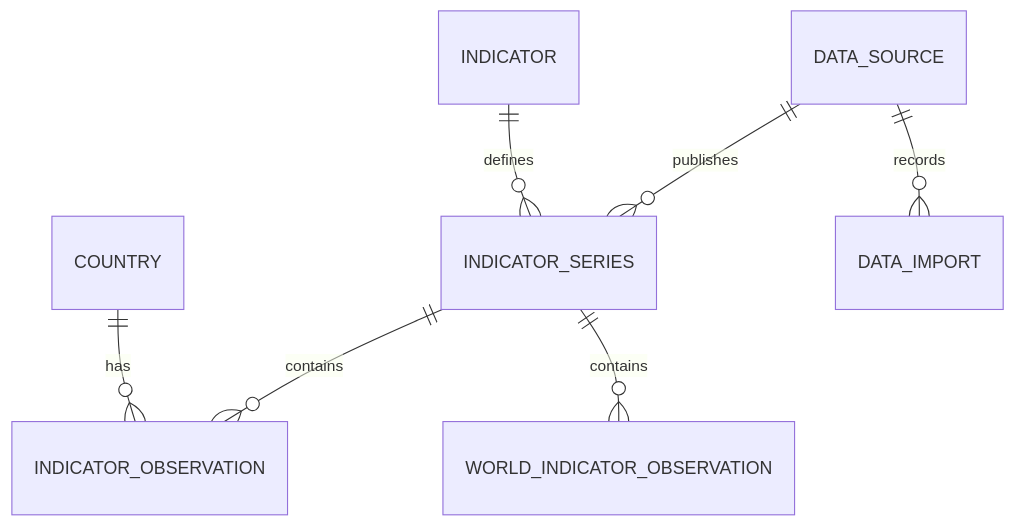
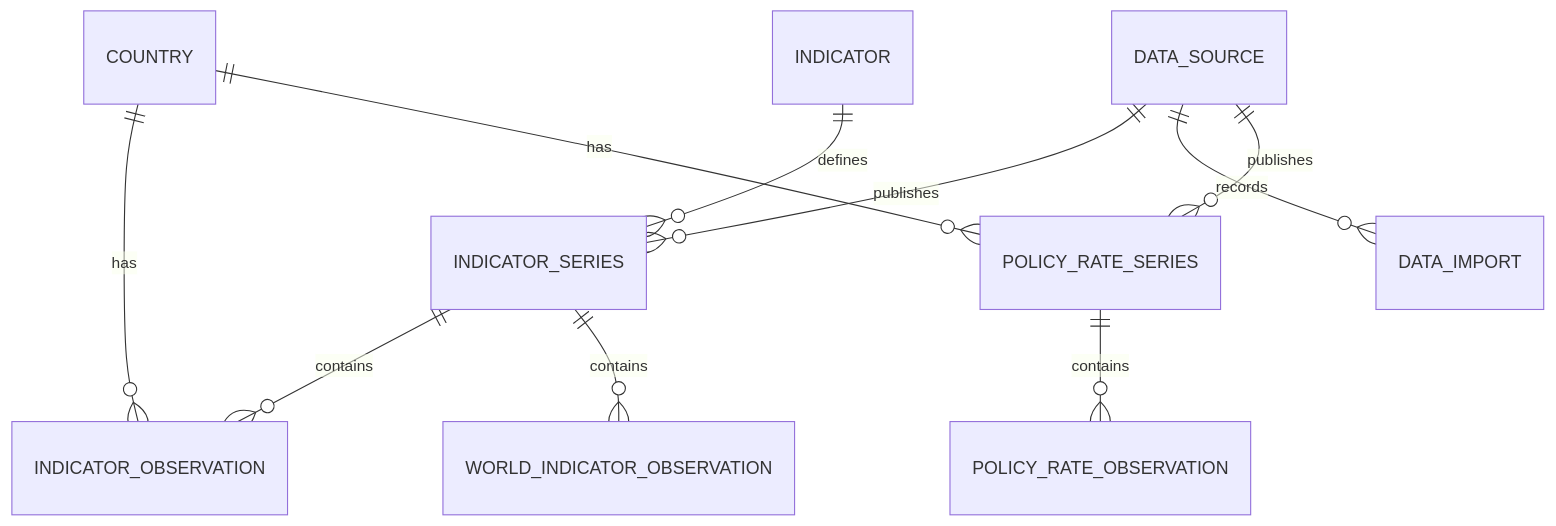
Before and after one commit to lngabriel/atlasglobal: the diagram in docs/data-model.md, drawn with Mermaid. The commit also changed other lines of this file and 6 other files, not shown here.

Commit message:
docs: document exploration features and official policy-rate coverage

````diff
--- a/docs/data-model.md
+++ b/docs/data-model.md
@@ -5,9 +5,12 @@
 ```mermaid
 erDiagram
     COUNTRY ||--o{ INDICATOR_OBSERVATION : has
     INDICATOR ||--o{ INDICATOR_SERIES : defines
     DATA_SOURCE ||--o{ INDICATOR_SERIES : publishes
     INDICATOR_SERIES ||--o{ INDICATOR_OBSERVATION : contains
     INDICATOR_SERIES ||--o{ WORLD_INDICATOR_OBSERVATION : contains
     DATA_SOURCE ||--o{ DATA_IMPORT : records
+    COUNTRY ||--o{ POLICY_RATE_SERIES : has
+    DATA_SOURCE ||--o{ POLICY_RATE_SERIES : publishes
+    POLICY_RATE_SERIES ||--o{ POLICY_RATE_OBSERVATION : contains
 ```
````
